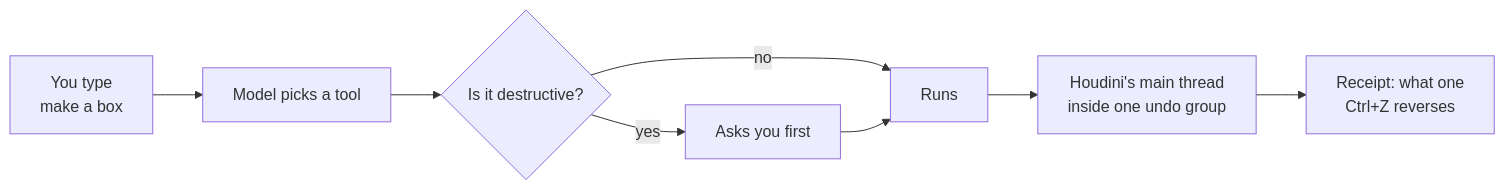
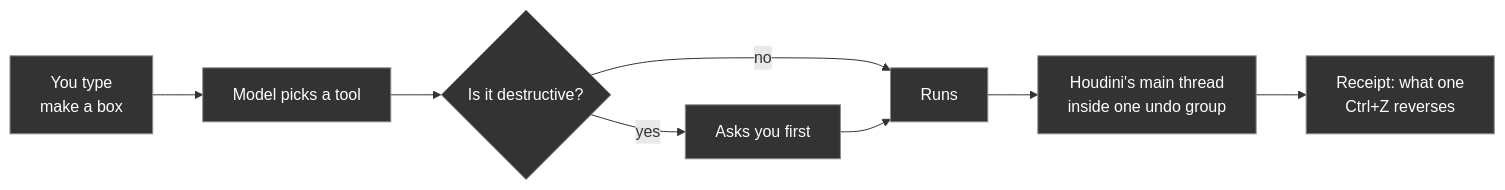
Before and after one commit to JosephOIbrahim/Synapse: the first of 3 diagrams in README.md, drawn with Mermaid. The commit also changed other lines of this file and 24 other files, not shown here.

````diff
--- a/README.md
+++ b/README.md
@@ -48,10 +52,12 @@
 ```mermaid
 flowchart LR
     A["You type<br/>make a box"] --> B["Model picks a tool"]
     B --> C{"Is it destructive?"}
     C -->|"no"| D["Runs"]
     C -->|"yes"| E["Asks you first"]
     E --> D
     D --> F["Houdini's main thread<br/>inside one undo group"]
     F --> G["Receipt: what one<br/>Ctrl+Z reverses"]
+    classDef dark fill:#333333,stroke:#8C8C8C,stroke-width:1px,color:#FFFFFF
+    class A,B,C,D,E,F,G dark
 ```
````
